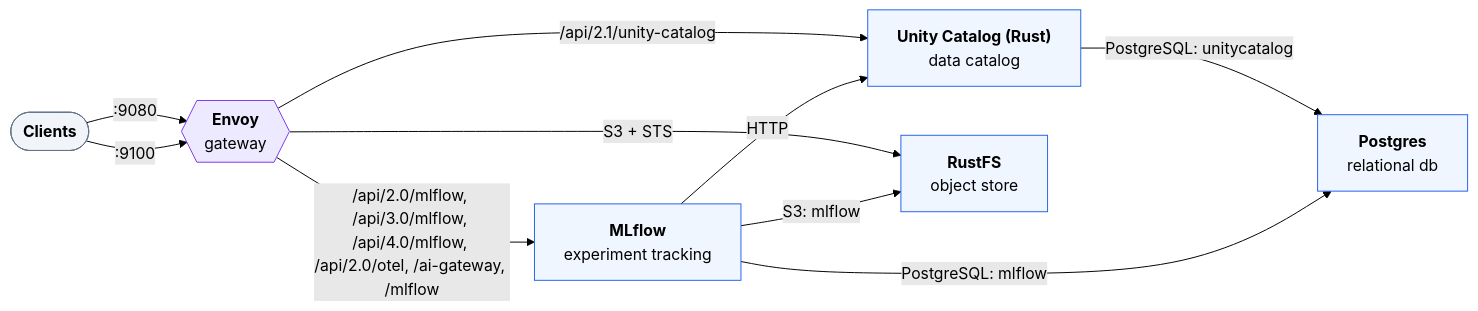
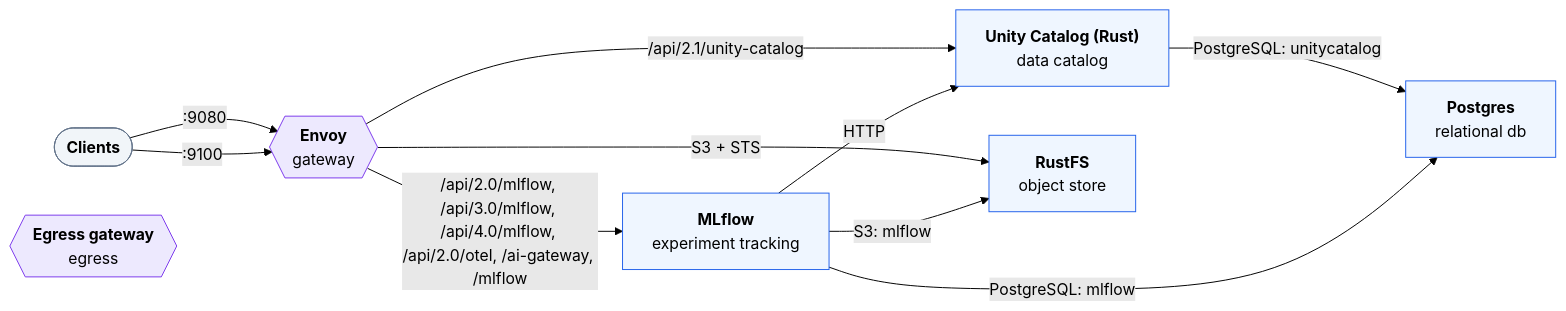
The diagram in test/expected/lakehouse-rs/README.md (open-lakehouse/trestle), drawn with Mermaid (forest theme) before and after one commit. The commit also changed other lines of this file and 60 other files, not shown here.

````diff
--- a/test/expected/lakehouse-rs/README.md
+++ b/test/expected/lakehouse-rs/README.md
@@ -9,22 +9,23 @@
 ```mermaid
 flowchart LR
     n0(["<b>Clients</b>"]):::clients
-    n1{{"<b>Envoy</b><br/>gateway"}}:::gateway
-    n2["<b>Postgres</b><br/>relational db"]:::component
-    n3["<b>Unity Catalog (Rust)</b><br/>data catalog"]:::component
-    n4["<b>RustFS</b><br/>object store"]:::component
-    n5["<b>MLflow</b><br/>experiment tracking"]:::component
-    n0 -->|":9080"| n1
-    n0 -->|":9100"| n1
-    n1 -->|"/api/2.1/unity-catalog"| n3
-    n1 -->|"/api/2.0/mlflow, /api/3.0/mlflow, /api/4.0/mlflow, /api/2.0/otel, /ai-gateway, /mlflow"| n5
-    n1 -->|"S3 + STS"| n4
-    n3 -->|"PostgreSQL: unitycatalog"| n2
-    n5 -->|"PostgreSQL: mlflow"| n2
-    n5 -->|"S3: mlflow"| n4
-    n5 -->|"HTTP"| n3
+    n1{{"<b>Egress gateway</b><br/>egress"}}:::gateway
+    n2{{"<b>Envoy</b><br/>gateway"}}:::gateway
+    n3["<b>Postgres</b><br/>relational db"]:::component
+    n4["<b>Unity Catalog (Rust)</b><br/>data catalog"]:::component
+    n5["<b>RustFS</b><br/>object store"]:::component
+    n6["<b>MLflow</b><br/>experiment tracking"]:::component
+    n0 -->|":9080"| n2
+    n0 -->|":9100"| n2
+    n2 -->|"/api/2.1/unity-catalog"| n4
+    n2 -->|"/api/2.0/mlflow, /api/3.0/mlflow, /api/4.0/mlflow, /api/2.0/otel, /ai-gateway, /mlflow"| n6
+    n2 -->|"S3 + STS"| n5
+    n4 -->|"PostgreSQL: unitycatalog"| n3
+    n6 -->|"PostgreSQL: mlflow"| n3
+    n6 -->|"S3: mlflow"| n5
+    n6 -->|"HTTP"| n4
     classDef clients fill:#f1f5f9,stroke:#64748b
     classDef gateway fill:#ede9fe,stroke:#7c3aed
     classDef component fill:#eff6ff,stroke:#2563eb
     classDef external fill:#fafafa,stroke:#737373,stroke-dasharray: 4 3
 ```
````
